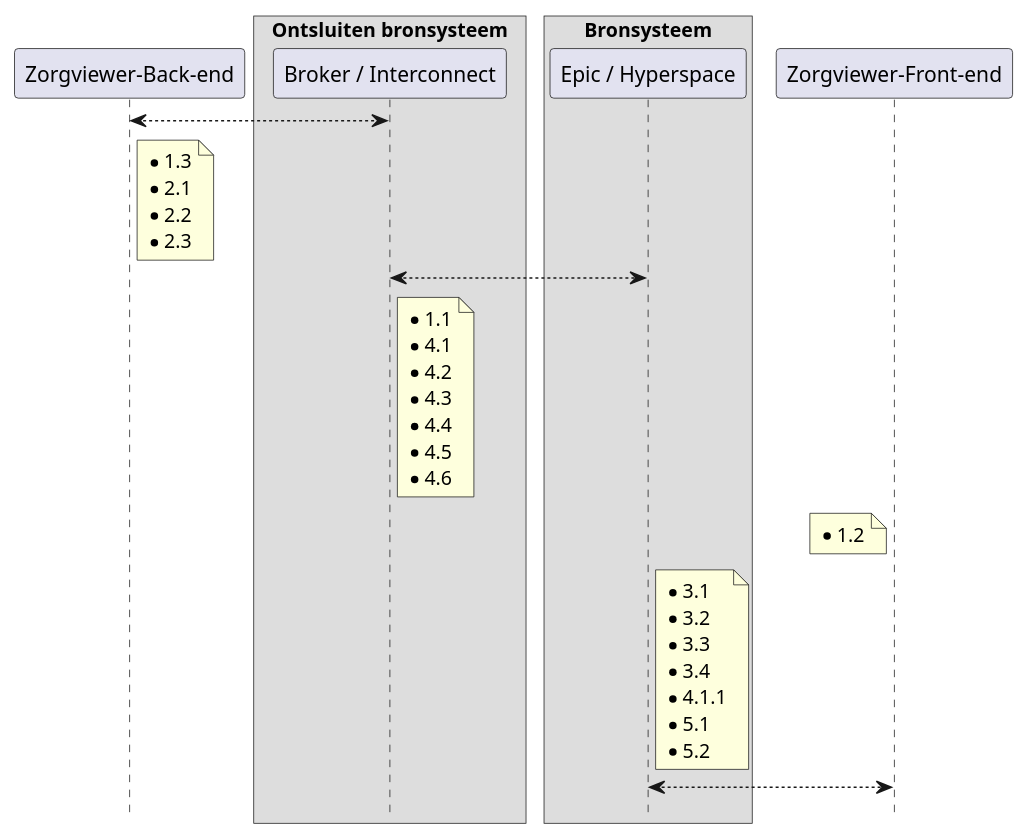
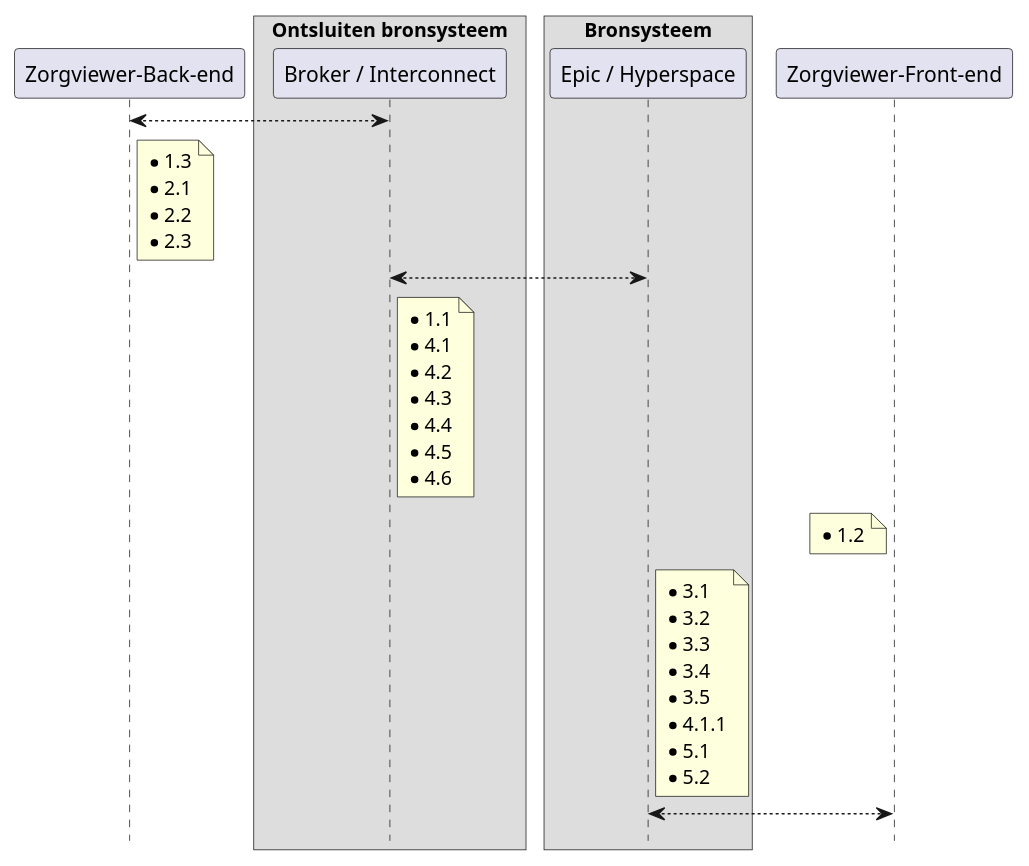
Before and after one commit to RIVO-Noord/zorgviewer-ig: the diagram in input/images-source/Checklist-Epic.plantuml, drawn with PlantUML. The commit also changed 1 other file, not shown here.

```diff
--- a/input/images-source/Checklist-Epic.plantuml
+++ b/input/images-source/Checklist-Epic.plantuml
@@ -1,45 +1,46 @@
 @startuml
 !pragma teoz true
 hide footbox
 
 participant "Zorgviewer-Back-end" as zvbe
 box "Ontsluiten bronsysteem"
   participant "Broker / Interconnect" as broker
 end box
 box "Bronsysteem"
   participant "Epic / Hyperspace" as epic
 end box
 participant "Zorgviewer-Front-end" as zvfe
 
 zvbe <--> broker
 note right zvbe
 * 1.3
 * 2.1
 * 2.2
 * 2.3
 end note
 broker <--> epic
 note right broker
 * 1.1
 * 4.1
 * 4.2
 * 4.3
 * 4.4
 * 4.5
 * 4.6
 end note
 note left zvfe
 * 1.2
 end note
 note right epic
 * 3.1
 * 3.2
 * 3.3
 * 3.4
+* 3.5
 * 4.1.1
 * 5.1
 * 5.2
 end note
 epic <--> zvfe
 
 @enduml
```
